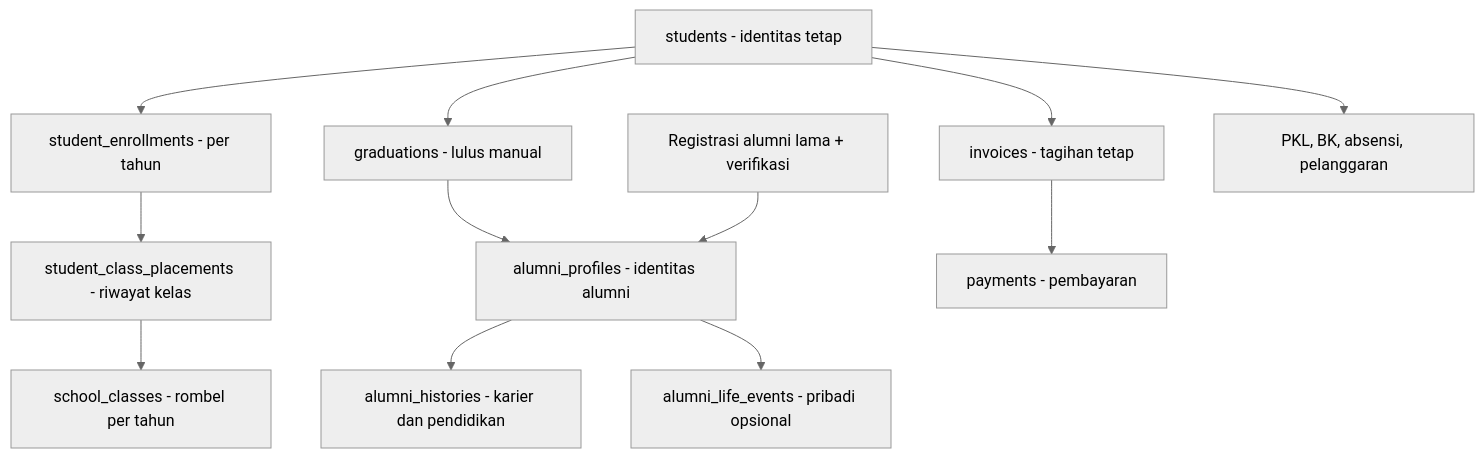
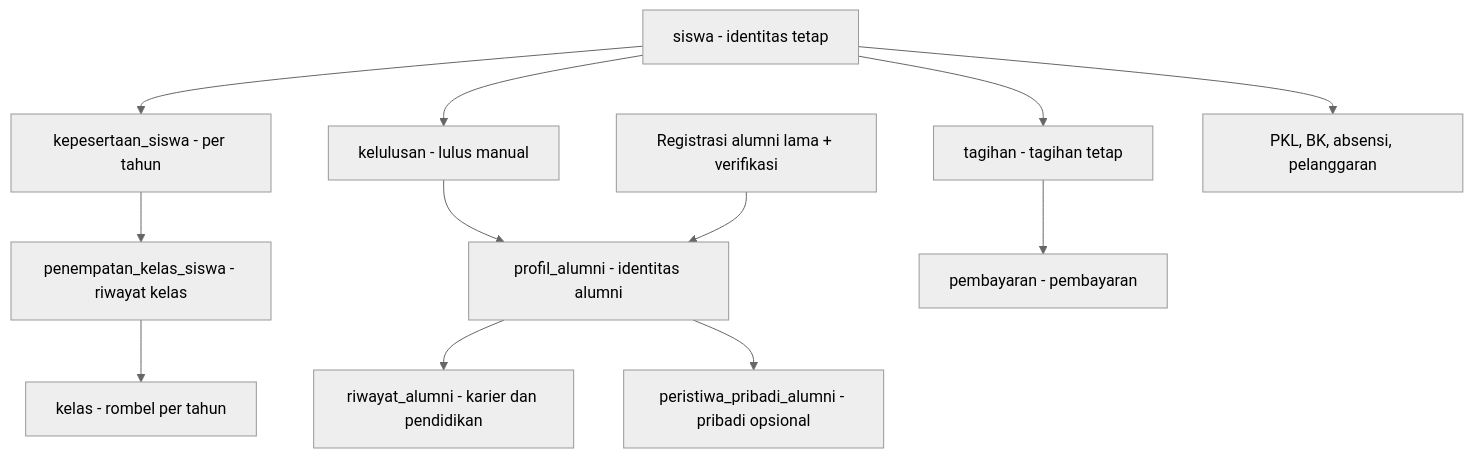
One commit to masdeveloperindo/saas changed the diagram in PRD.md. Above: the diagram before and after it, drawn with Mermaid (neutral theme). The commit also changed other lines of this file and 1 other file, not shown here.

````diff
--- a/PRD.md
+++ b/PRD.md
@@ -189,14 +229,14 @@
 ```mermaid
 flowchart TD
-    S[students - identitas tetap] --> E[student_enrollments - per tahun]
-    E --> P[student_class_placements - riwayat kelas]
-    P --> C[school_classes - rombel per tahun]
-    S --> G[graduations - lulus manual]
-    G --> A[alumni_profiles - identitas alumni]
+    S[siswa - identitas tetap] --> E[kepesertaan_siswa - per tahun]
+    E --> P[penempatan_kelas_siswa - riwayat kelas]
+    P --> C[kelas - rombel per tahun]
+    S --> G[kelulusan - lulus manual]
+    G --> A[profil_alumni - identitas alumni]
     R[Registrasi alumni lama + verifikasi] --> A
-    A --> H[alumni_histories - karier dan pendidikan]
-    A --> L[alumni_life_events - pribadi opsional]
-    S --> I[invoices - tagihan tetap]
-    I --> T[payments - pembayaran]
+    A --> H[riwayat_alumni - karier dan pendidikan]
+    A --> L[peristiwa_pribadi_alumni - pribadi opsional]
+    S --> I[tagihan - tagihan tetap]
+    I --> T[pembayaran - pembayaran]
     S --> K[PKL, BK, absensi, pelanggaran]
 ```
````
